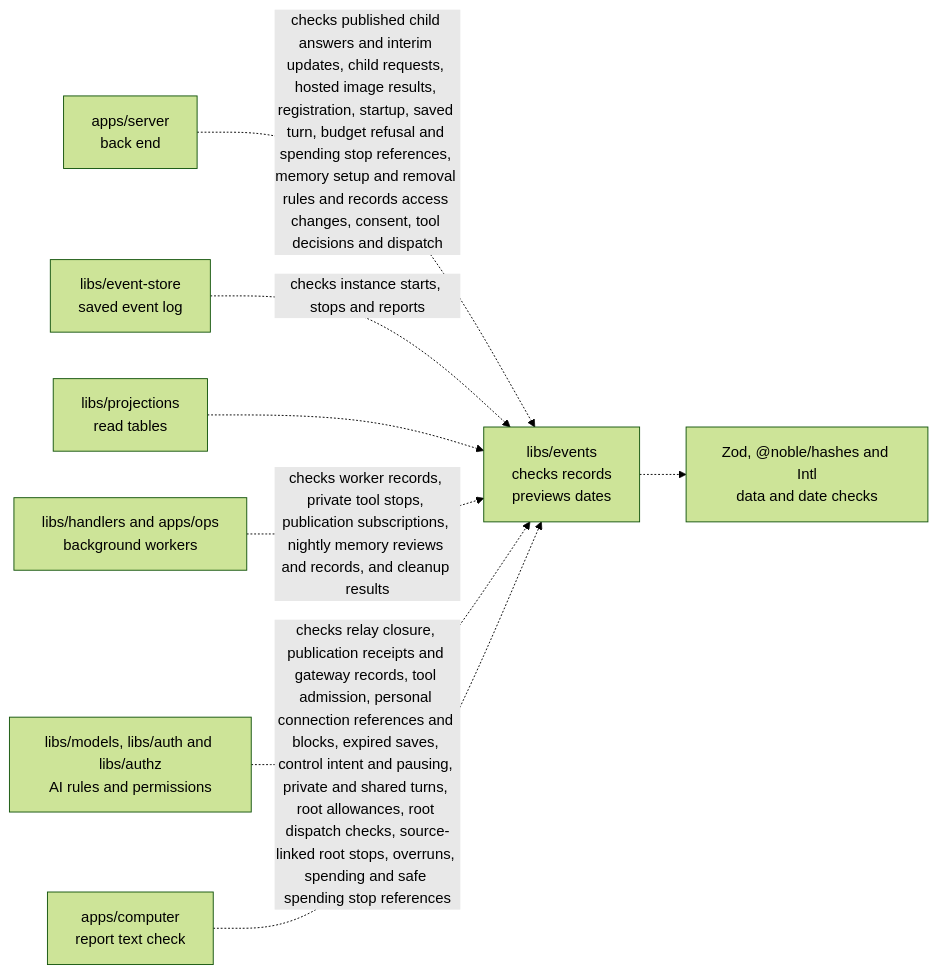
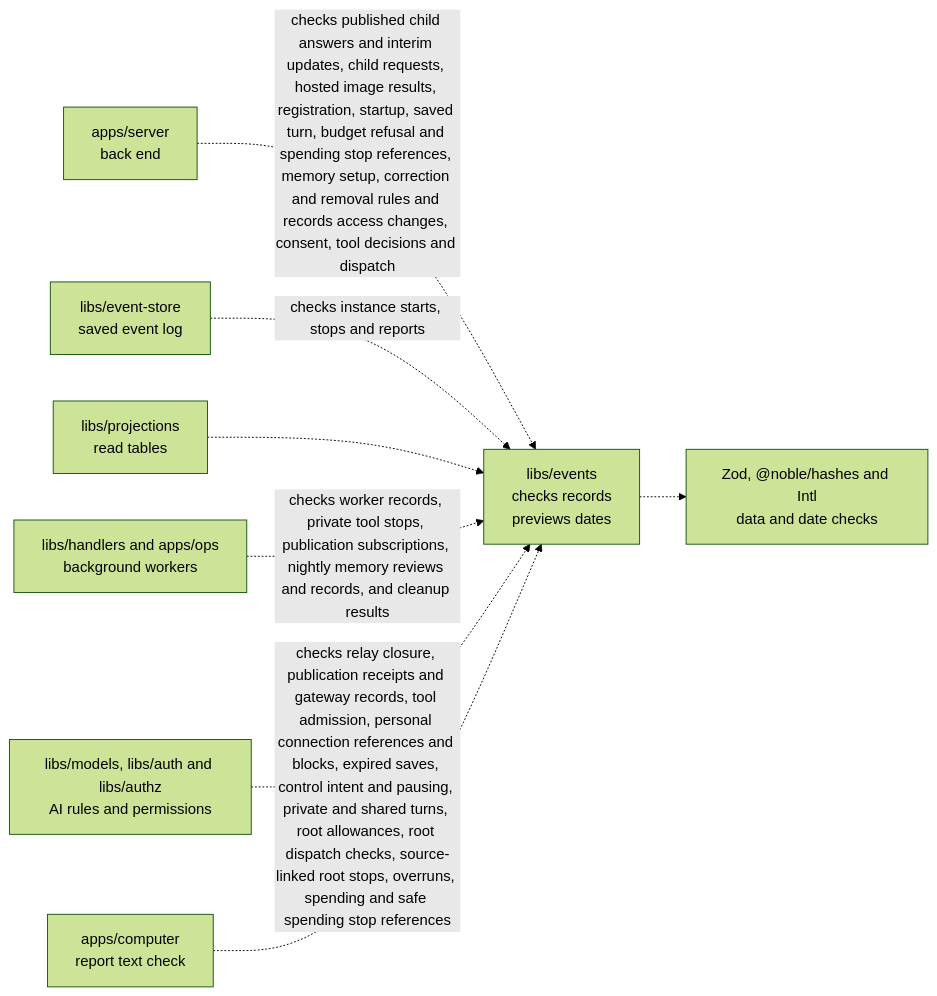
One commit to elewa-git/opencrane-new changed the diagram in libs/events/README.md. Above: the diagram before and after it, drawn with Mermaid (forest theme). The commit also changed other lines of this file and 24 other files, not shown here.

````diff
--- a/libs/events/README.md
+++ b/libs/events/README.md
@@ -27,10 +27,10 @@
 ```mermaid
 flowchart LR
-  server["apps/server<br/>back end"] -.->|checks published child answers and interim updates, child requests, hosted image results, registration, startup, saved turn, budget refusal and spending stop references, memory setup and removal rules and records access changes, consent, tool decisions and dispatch| events["libs/events<br/>checks records<br/>previews dates"]
+  server["apps/server<br/>back end"] -.->|checks published child answers and interim updates, child requests, hosted image results, registration, startup, saved turn, budget refusal and spending stop references, memory setup, correction and removal rules and records access changes, consent, tool decisions and dispatch| events["libs/events<br/>checks records<br/>previews dates"]
   store["libs/event-store<br/>saved event log"] -.->|checks instance starts, stops and reports| events
   projections["libs/projections<br/>read tables"] -.-> events
   workers["libs/handlers and apps/ops<br/>background workers"] -.->|checks worker records, private tool stops, publication subscriptions, nightly memory reviews and records, and cleanup results| events
   others["libs/models, libs/auth and libs/authz<br/>AI rules and permissions"] -.->|checks relay closure, publication receipts and gateway records, tool admission, personal connection references and blocks, expired saves, control intent and pausing, private and shared turns, root allowances, root dispatch checks, source-linked root stops, overruns, spending and safe spending stop references| events
   computer["apps/computer<br/>report text check"] -.-> events
   events -.-> checks["Zod, @noble/hashes and Intl<br/>data and date checks"]
 ```
````
